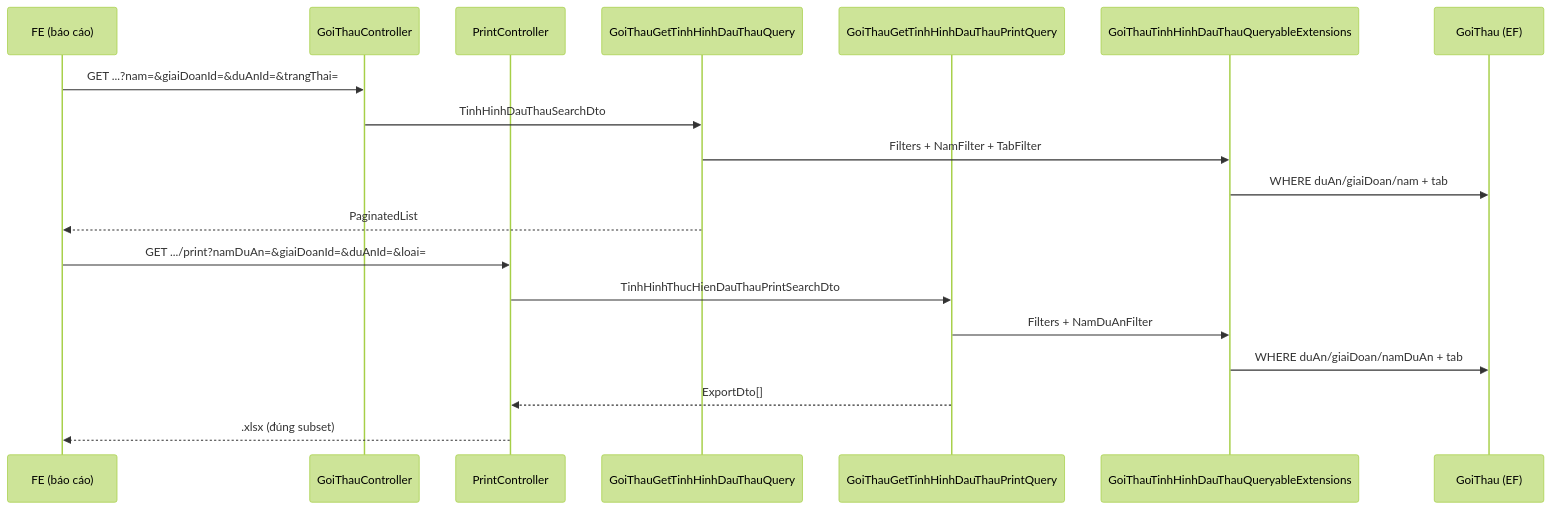
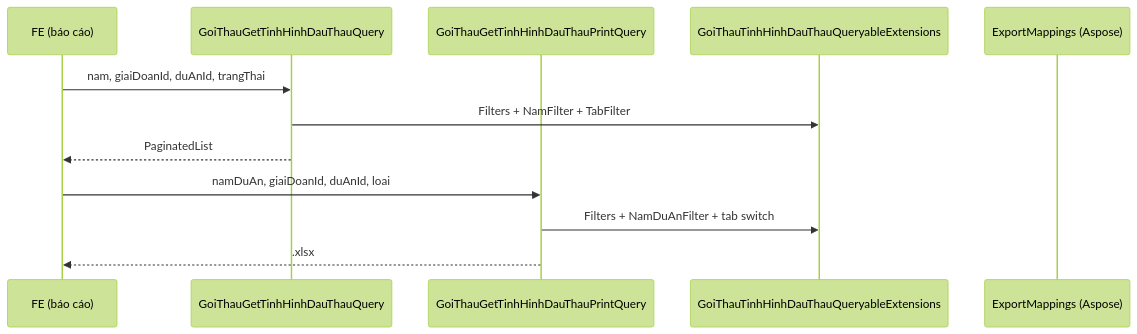
Before and after one commit to thinlam/Quan_Ly_Du_An: the diagram in docs/issues/tinh-hinh-thuc-hien-dau-thau-print-filter/report.md, drawn with Mermaid (forest theme). The commit also changed other lines of this file and 10 other files, not shown here.

First line of the commit message:
refactor(ke-hoach): consolidate export mappings and inline import don vi scope

````diff
--- a/docs/issues/tinh-hinh-thuc-hien-dau-thau-print-filter/report.md
+++ b/docs/issues/tinh-hinh-thuc-hien-dau-thau-print-filter/report.md
@@ -72,23 +72,16 @@
 ```mermaid
 sequenceDiagram
     participant FE as FE (báo cáo)
-    participant List as GoiThauController
-    participant Print as PrintController
     participant ListQ as GoiThauGetTinhHinhDauThauQuery
     participant PrintQ as GoiThauGetTinhHinhDauThauPrintQuery
     participant Ext as GoiThauTinhHinhDauThauQueryableExtensions
-    participant DB as GoiThau (EF)
+    participant Map as ExportMappings (Aspose)
 
-    FE->>List: GET ...?nam=&giaiDoanId=&duAnId=&trangThai=
-    List->>ListQ: TinhHinhDauThauSearchDto
+    FE->>ListQ: nam, giaiDoanId, duAnId, trangThai
     ListQ->>Ext: Filters + NamFilter + TabFilter
-    Ext->>DB: WHERE duAn/giaiDoan/nam + tab
     ListQ-->>FE: PaginatedList
 
-    FE->>Print: GET .../print?namDuAn=&giaiDoanId=&duAnId=&loai=
-    Print->>PrintQ: TinhHinhThucHienDauThauPrintSearchDto
-    PrintQ->>Ext: Filters + NamDuAnFilter
-    Ext->>DB: WHERE duAn/giaiDoan/namDuAn + tab
-    PrintQ-->>Print: ExportDto[]
-    Print-->>FE: .xlsx (đúng subset)
+    FE->>PrintQ: namDuAn, giaiDoanId, duAnId, loai
+    PrintQ->>Ext: Filters + NamDuAnFilter + tab switch
+    PrintQ-->>FE: .xlsx
 ```
````
